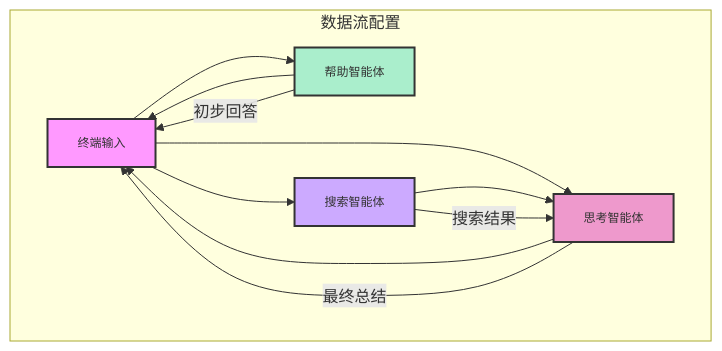
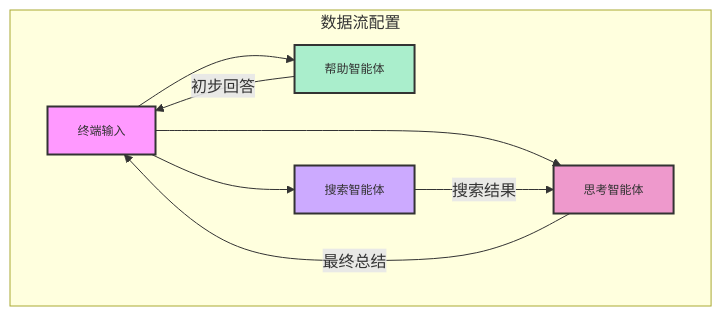
One commit to lovemaoli/CrisisPioneerSearch changed the diagram in README.md. Above: the diagram before and after it, drawn with Mermaid. The commit also changed other lines of this file and 12 other files, not shown here.

````diff
--- a/README.md
+++ b/README.md
@@ -15,30 +15,27 @@
 ```mermaid
 graph TD
     A[终端输入] --> B[帮助智能体]
     A --> C[搜索智能体]
     A --> D[思考智能体]
-    B --> A
-    C --> D
-    D --> A
 
     style A fill:#f9f,stroke:#333,stroke-width:2px
     style B fill:#aec,stroke:#333,stroke-width:2px
     style C fill:#caf,stroke:#333,stroke-width:2px
     style D fill:#e9c,stroke:#333,stroke-width:2px
 
     subgraph 数据流配置
         B -->|初步回答| A
         C -->|搜索结果| D
         D -->|最终总结| A
     end
 
     A:::noteA
     D:::noteD
     B:::noteB
     C:::noteC
 
     classDef noteA fill:#fff,stroke:#000,stroke-width:1px,font-size:12px
     classDef noteD fill:#fff,stroke:#000,stroke-width:1px,font-size:12px
     classDef noteB fill:#fff,stroke:#000,stroke-width:1px,font-size:12px
     classDef noteC fill:#fff,stroke:#000,stroke-width:1px,font-size:12px
 ```
````
